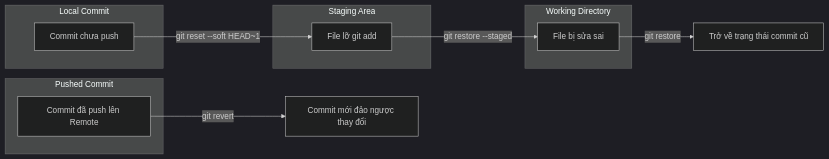
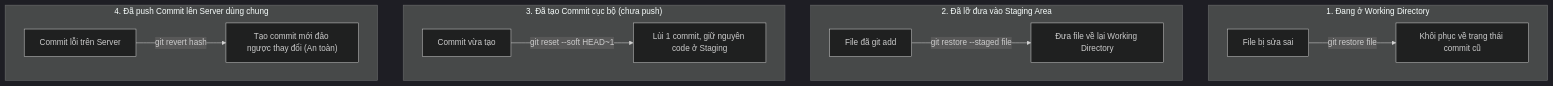
Before and after one commit to XuanQuang1301/Training-IT: the eighth of 8 diagrams in Git/README.md, drawn with Mermaid (dark theme). The commit also changed other lines of this file and 1 other file, not shown here.

Commit message:
feat: add README and docs files for Git training module

````diff
--- a/Git/README.md
+++ b/Git/README.md
@@ -396,23 +397,18 @@
 ```mermaid
-flowchart LR
-    subgraph WorkingDirectory ["Working Directory"]
-        WD_File["File bị sửa sai"]
+flowchart TD
+    subgraph MucDo1 ["1. Đang ở Working Directory"]
+        WD1["File bị sửa sai"] -->|git restore file| WD2["Khôi phục về trạng thái commit cũ"]
     end
 
-    subgraph StagingArea ["Staging Area"]
-        SA_File["File lỡ git add"]
+    subgraph MucDo2 ["2. Đã lỡ đưa vào Staging Area"]
+        SA1["File đã git add"] -->|git restore --staged file| SA2["Đưa file về lại Working Directory"]
     end
 
-    subgraph LocalRepo ["Local Commit"]
-        C_Local["Commit chưa push"]
+    subgraph MucDo3 ["3. Đã tạo Commit cục bộ (chưa push)"]
+        C1["Commit vừa tạo"] -->|git reset --soft HEAD~1| C2["Lùi 1 commit, giữ nguyên code ở Staging"]
     end
 
-    subgraph RemoteRepo ["Pushed Commit"]
-        C_Remote["Commit đã push lên Remote"]
+    subgraph MucDo4 ["4. Đã push Commit lên Server dùng chung"]
+        R1["Commit lỗi trên Server"] -->|git revert hash| R2["Tạo commit mới đảo ngược thay đổi (An toàn)"]
     end
-
-    WD_File -->|"git restore <file>"| WD_Clean["Trở về trạng thái commit cũ"]
-    SA_File -->|"git restore --staged <file>"| WD_File
-    C_Local -->|"git reset --soft HEAD~1"| SA_File
-    C_Remote -->|"git revert <hash>"| SafeCommit["Commit mới đảo ngược thay đổi"]
 ```
````
